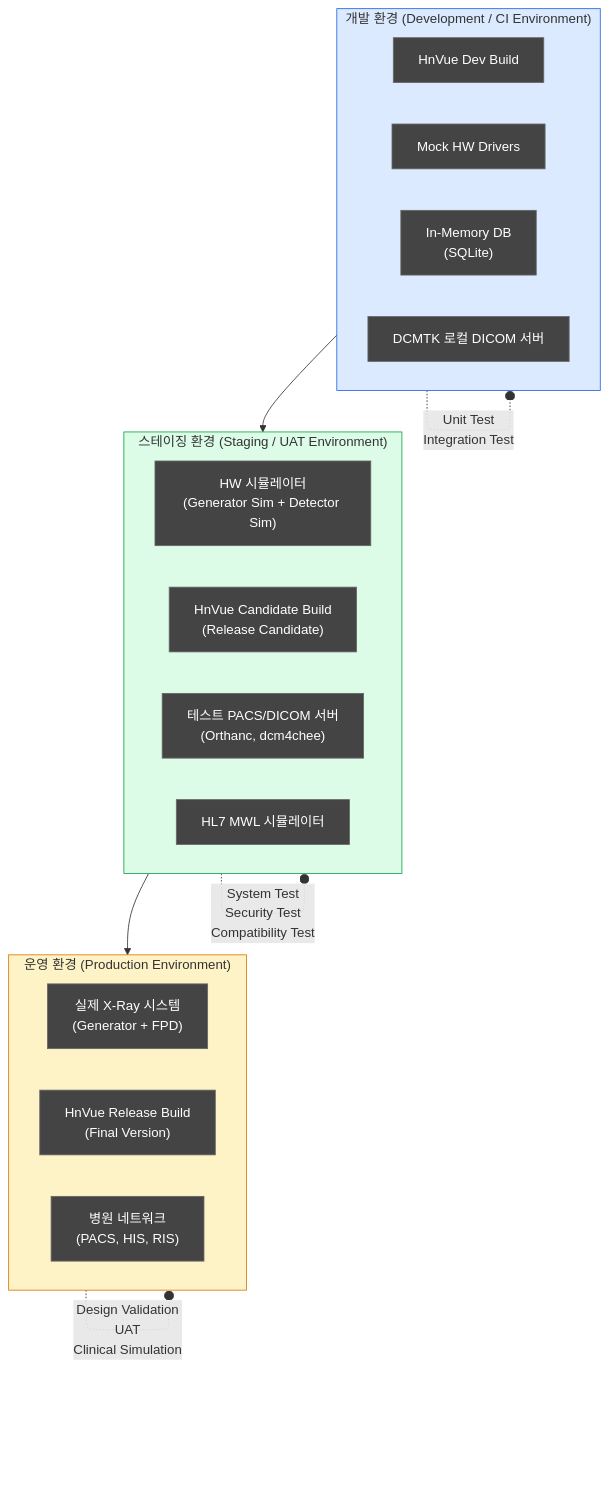
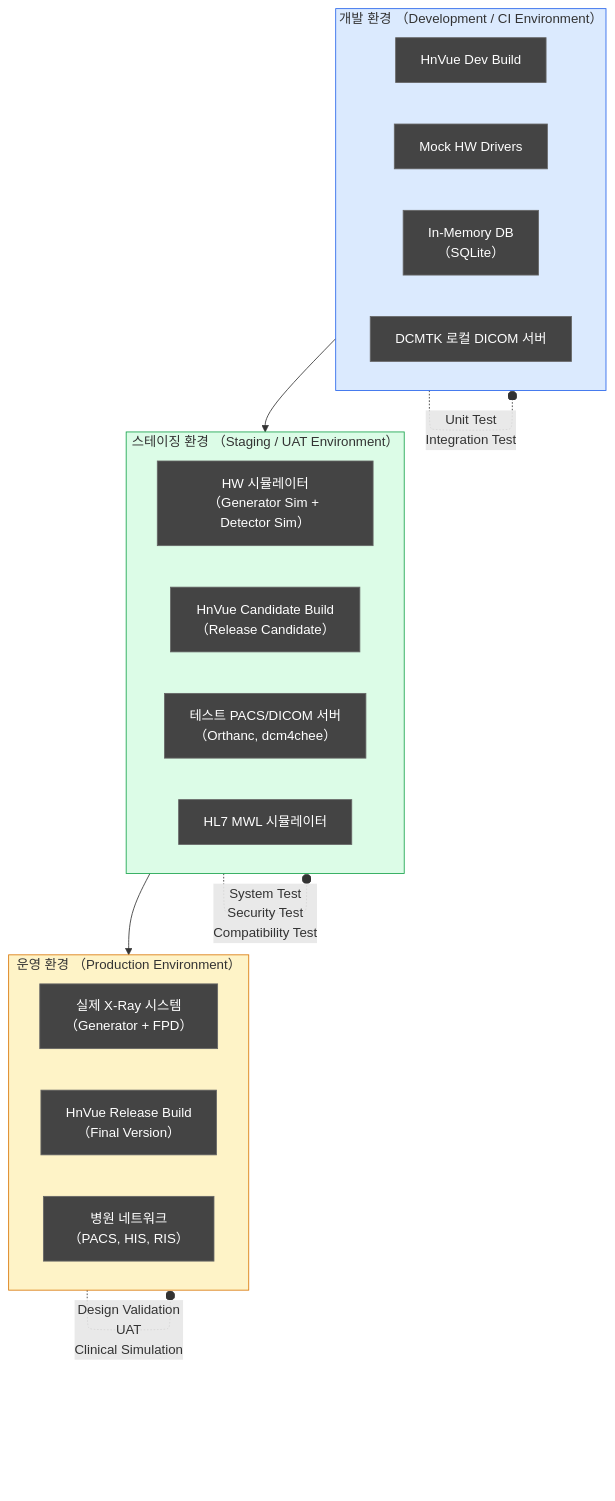
Before and after one commit to holee9/console-gui: the eighth of 11 diagrams in docs/verification/DOC-011_VV_Master_Plan_v1.0.md, drawn with Mermaid. The commit also changed other lines of this file and 22 other files, not shown here.

First line of the commit message:
fix: Mermaid flowchart 노드 내 괄호 파싱 오류 전면 수정

````diff
--- a/docs/verification/DOC-011_VV_Master_Plan_v1.0.md
+++ b/docs/verification/DOC-011_VV_Master_Plan_v1.0.md
@@ -639,34 +639,34 @@
 ```mermaid
 flowchart TB
     classDef default fill:#444,stroke:#666,color:#fff
-    subgraph PROD["운영 환경 (Production Environment)"]
-        PROD_HW["실제 X-Ray 시스템\n(Generator + FPD)"]
-        PROD_SW["HnVue Release Build\n(Final Version)"]
-        PROD_NET["병원 네트워크\n(PACS, HIS, RIS)"]
+    subgraph PROD["운영 환경 （Production Environment）"]
+        PROD_HW["실제 X-Ray 시스템\n（Generator + FPD）"]
+        PROD_SW["HnVue Release Build\n（Final Version）"]
+        PROD_NET["병원 네트워크\n（PACS, HIS, RIS）"]
     end
 
-    subgraph STAGE["스테이징 환경 (Staging / UAT Environment)"]
-        STAGE_HW["HW 시뮬레이터\n(Generator Sim + Detector Sim)"]
-        STAGE_SW["HnVue Candidate Build\n(Release Candidate)"]
-        STAGE_NET["테스트 PACS/DICOM 서버\n(Orthanc, dcm4chee)"]
+    subgraph STAGE["스테이징 환경 （Staging / UAT Environment）"]
+        STAGE_HW["HW 시뮬레이터\n（Generator Sim + Detector Sim）"]
+        STAGE_SW["HnVue Candidate Build\n（Release Candidate）"]
+        STAGE_NET["테스트 PACS/DICOM 서버\n（Orthanc, dcm4chee）"]
         STAGE_MWL["HL7 MWL 시뮬레이터"]
     end
 
-    subgraph DEV["개발 환경 (Development / CI Environment)"]
+    subgraph DEV["개발 환경 （Development / CI Environment）"]
         DEV_SW["HnVue Dev Build"]
         DEV_MOCK["Mock HW Drivers"]
-        DEV_DB["In-Memory DB\n(SQLite)"]
+        DEV_DB["In-Memory DB\n（SQLite）"]
         DEV_DICOM["DCMTK 로컬 DICOM 서버"]
     end
 
     DEV --> STAGE
     STAGE --> PROD
 
     DEV -. "Unit Test\nIntegration Test" .-o DEV
     STAGE -. "System Test\nSecurity Test\nCompatibility Test" .-o STAGE
     PROD -. "Design Validation\nUAT\nClinical Simulation" .-o PROD
 
     style DEV fill:#dbeafe,stroke:#2563eb
     style STAGE fill:#dcfce7,stroke:#16a34a
     style PROD fill:#fef3c7,stroke:#d97706
 ```
````
